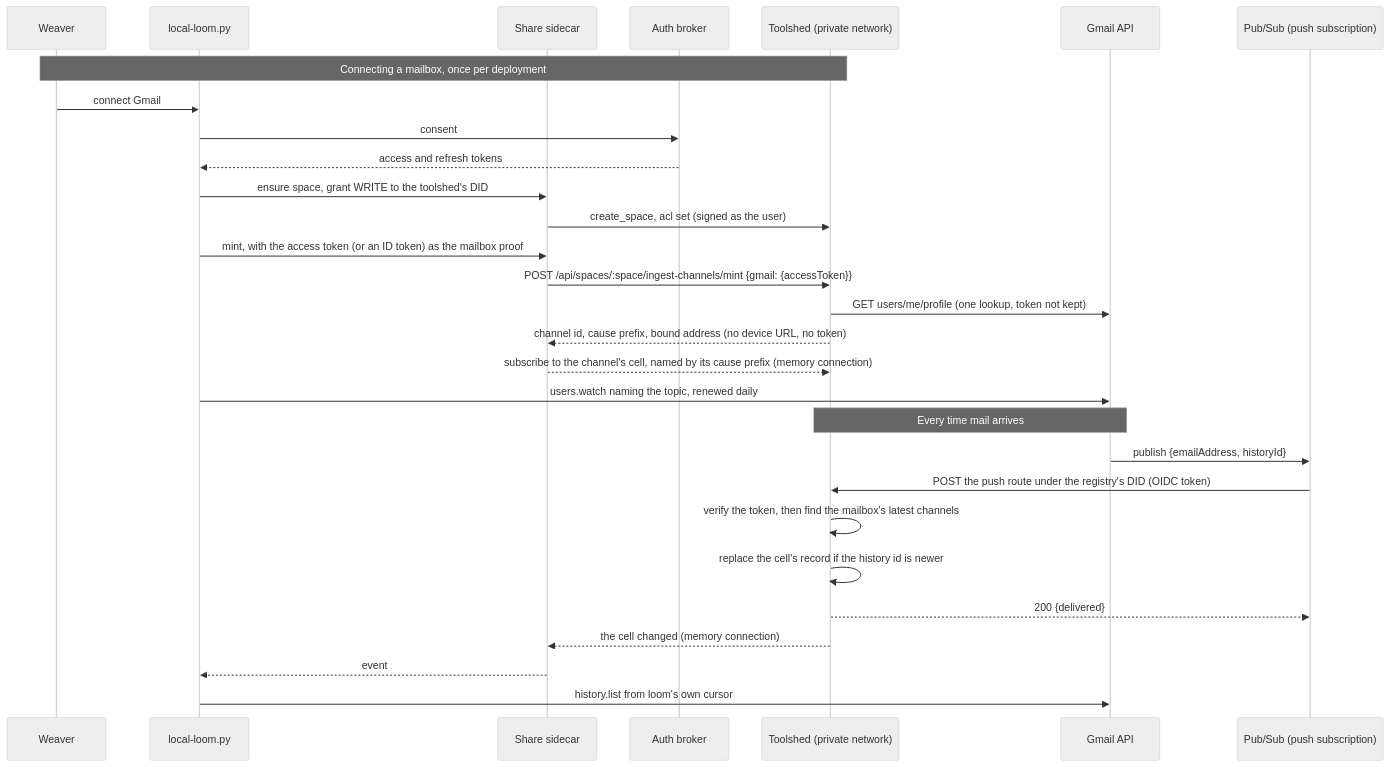
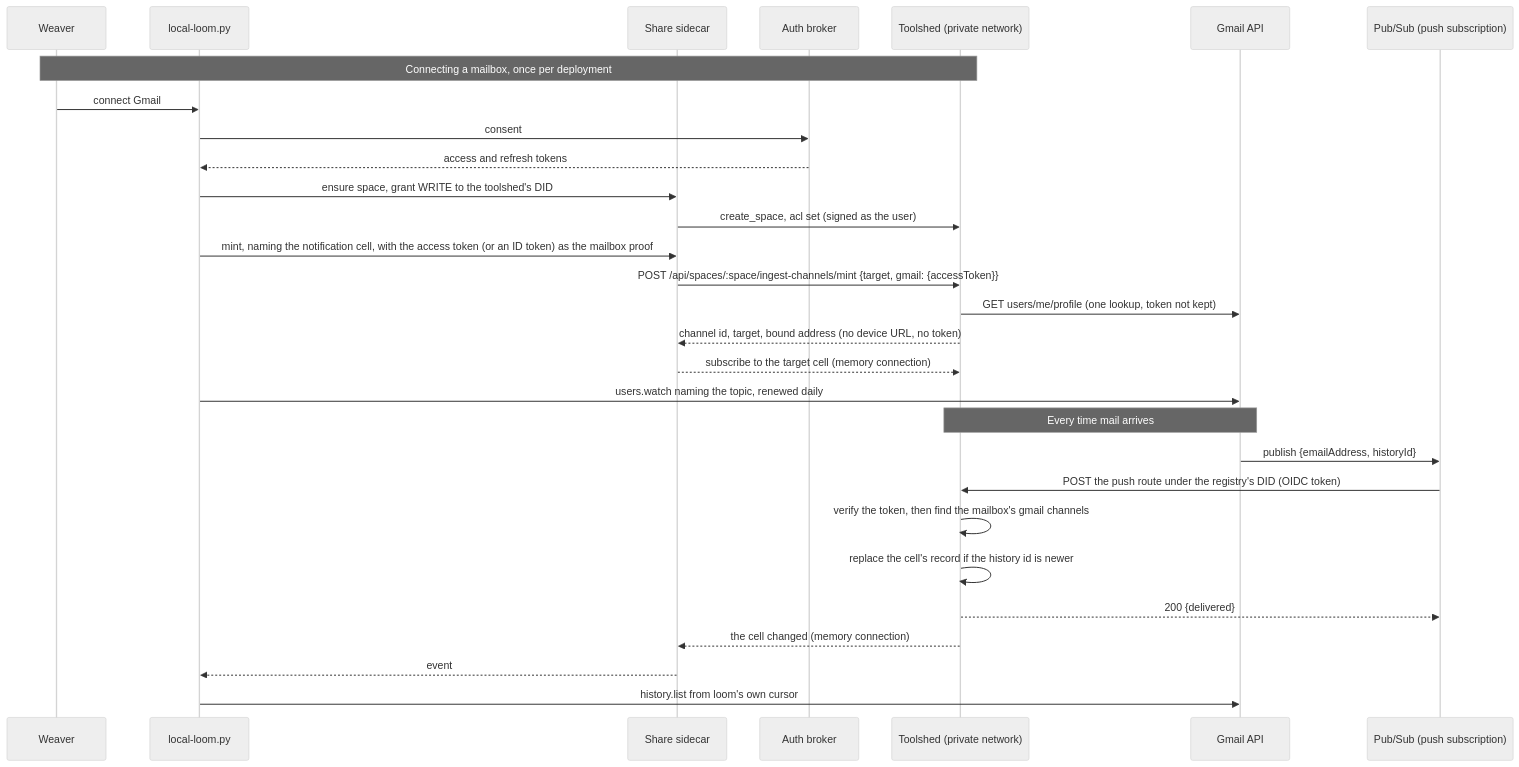
One commit to commonfabric/labs changed the fourth of 4 diagrams in docs/features/gmail-push-architecture.md. Above: the diagram before and after it, drawn with Mermaid (neutral theme). The commit also changed other lines of this file and 21 other files, not shown here.

````diff
--- a/docs/features/gmail-push-architecture.md
+++ b/docs/features/gmail-push-architecture.md
@@ -175,33 +176,33 @@
 ```mermaid
 sequenceDiagram
     participant W as Weaver
     participant L as local-loom.py
     participant S as Share sidecar
     participant B as Auth broker
     participant T as Toolshed (private network)
     participant G as Gmail API
     participant P as Pub/Sub (push subscription)
 
     Note over W,T: Connecting a mailbox, once per deployment
     W->>L: connect Gmail
     L->>B: consent
     B-->>L: access and refresh tokens
     L->>S: ensure space, grant WRITE to the toolshed's DID
     S->>T: create_space, acl set (signed as the user)
-    L->>S: mint, with the access token (or an ID token) as the mailbox proof
-    S->>T: POST /api/spaces/:space/ingest-channels/mint {gmail: {accessToken}}
+    L->>S: mint, naming the notification cell, with the access token (or an ID token) as the mailbox proof
+    S->>T: POST /api/spaces/:space/ingest-channels/mint {target, gmail: {accessToken}}
     T->>G: GET users/me/profile (one lookup, token not kept)
-    T-->>S: channel id, cause prefix, bound address (no device URL, no token)
-    S-->>T: subscribe to the channel's cell, named by its cause prefix (memory connection)
+    T-->>S: channel id, target, bound address (no device URL, no token)
+    S-->>T: subscribe to the target cell (memory connection)
     L->>G: users.watch naming the topic, renewed daily
 
     Note over G,T: Every time mail arrives
     G->>P: publish {emailAddress, historyId}
     P->>T: POST the push route under the registry's DID (OIDC token)
-    T->>T: verify the token, then find the mailbox's latest channels
+    T->>T: verify the token, then find the mailbox's gmail channels
     T->>T: replace the cell's record if the history id is newer
     T-->>P: 200 {delivered}
     T-->>S: the cell changed (memory connection)
     S-->>L: event
     L->>G: history.list from loom's own cursor
 ```
````
